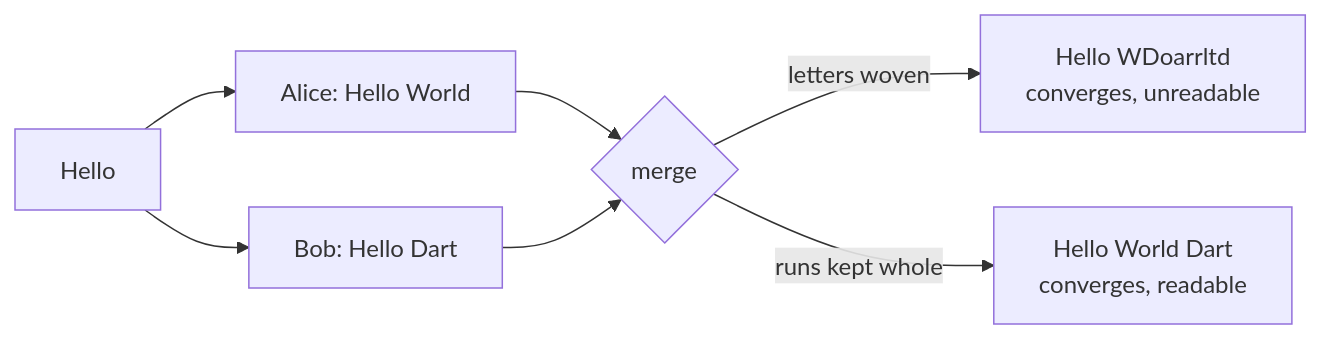
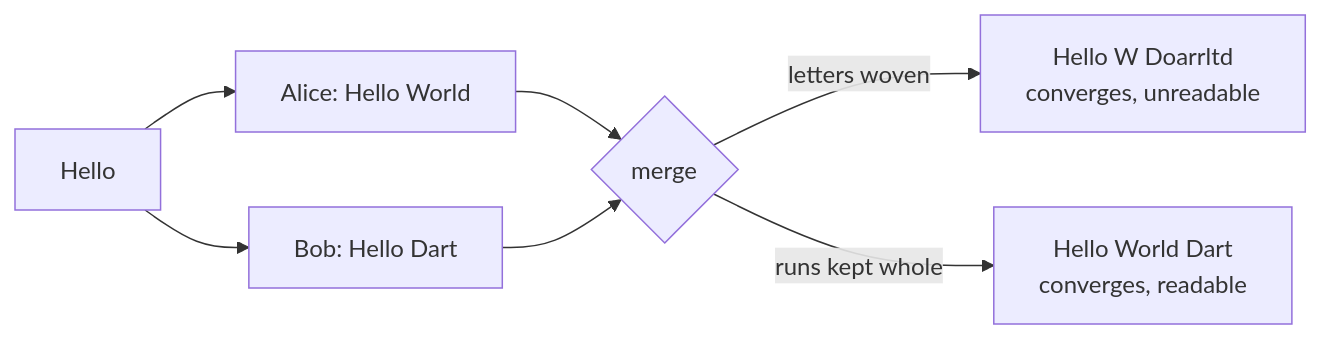
The diagram in docs/docs/deep-dive/merge-rules/index.mdx (MattiaPispisa/crdt), drawn with Mermaid before and after one commit. The commit also changed other lines of this file and 6 other files, not shown here.

````diff
--- a/docs/docs/deep-dive/merge-rules/index.mdx
+++ b/docs/docs/deep-dive/merge-rules/index.mdx
@@ -47,9 +47,9 @@
 ```mermaid
 flowchart LR
     H["Hello"] --> A["Alice: Hello World"]
     H --> B["Bob: Hello Dart"]
     A --> M{merge}
     B --> M
-    M -->|letters woven| X["Hello WDoarrltd<br/>converges, unreadable"]
+    M -->|letters woven| X["Hello W Doarrltd<br/>converges, unreadable"]
     M -->|runs kept whole| F["Hello World Dart<br/>converges, readable"]
 ```
````
